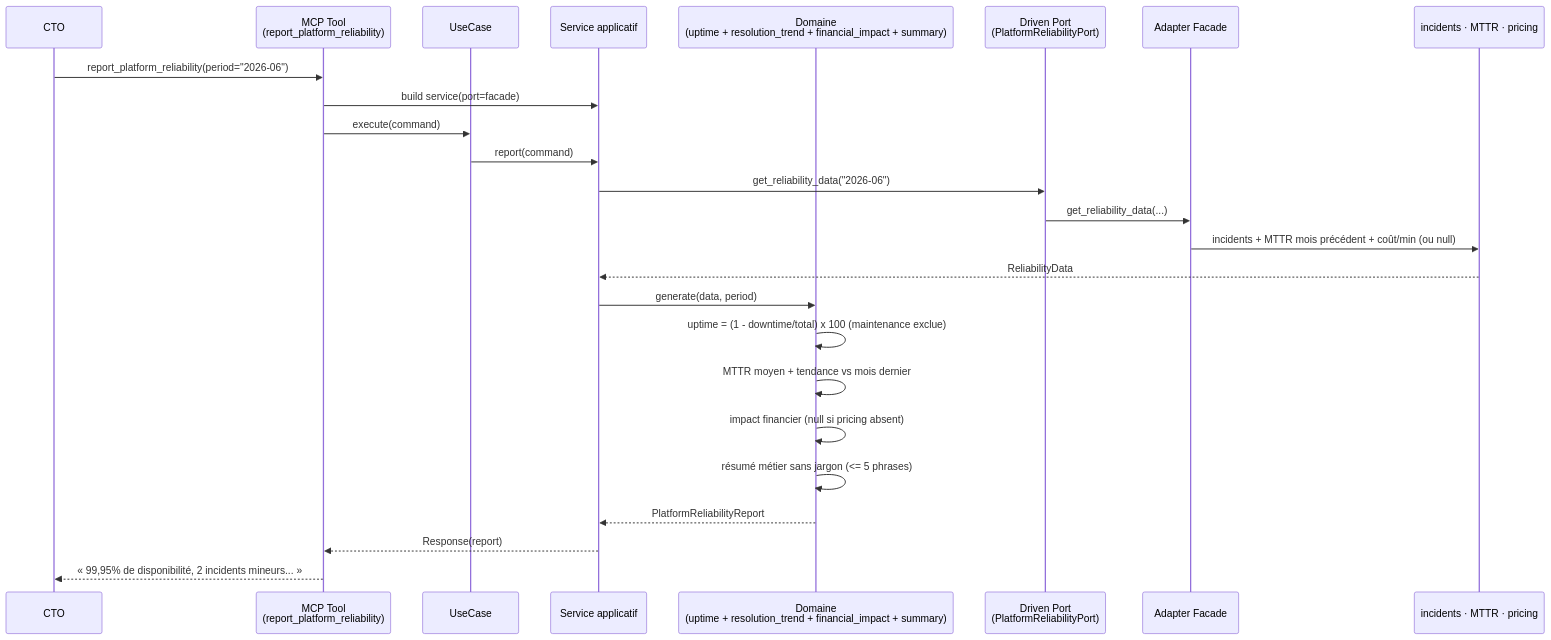
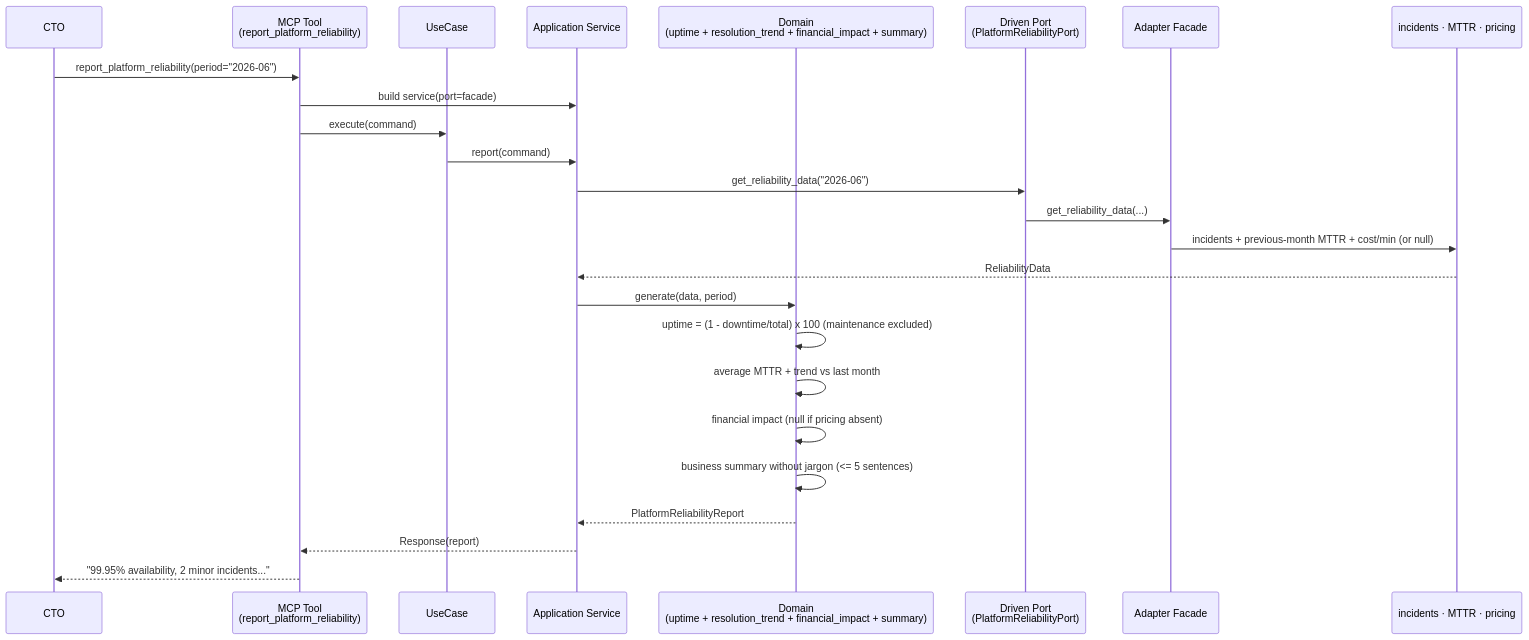
Before and after one commit to hexa-tools/hexawyn: the first of 3 diagrams in docs/use-cases/106-cto-reliability-report.md, drawn with Mermaid. The commit also changed other lines of this file and 53 other files, not shown here.

Commit message:
chore: refactor diagram

````diff
--- a/docs/use-cases/106-cto-reliability-report.md
+++ b/docs/use-cases/106-cto-reliability-report.md
@@ -23,28 +22,28 @@
 ```mermaid
 sequenceDiagram
     participant CTO
     participant MCP as MCP Tool<br/>(report_platform_reliability)
     participant UC as UseCase
-    participant Svc as Service applicatif
-    participant Domain as Domaine<br/>(uptime + resolution_trend + financial_impact + summary)
+    participant Svc as Application Service
+    participant Domain as Domain<br/>(uptime + resolution_trend + financial_impact + summary)
     participant Port as Driven Port<br/>(PlatformReliabilityPort)
     participant Facade as Adapter Facade
     participant Sources as incidents · MTTR · pricing
 
     CTO->>MCP: report_platform_reliability(period="2026-06")
     MCP->>Svc: build service(port=facade)
     MCP->>UC: execute(command)
     UC->>Svc: report(command)
     Svc->>Port: get_reliability_data("2026-06")
     Port->>Facade: get_reliability_data(...)
-    Facade->>Sources: incidents + MTTR mois précédent + coût/min (ou null)
+    Facade->>Sources: incidents + previous-month MTTR + cost/min (or null)
     Sources-->>Svc: ReliabilityData
     Svc->>Domain: generate(data, period)
-    Domain->>Domain: uptime = (1 - downtime/total) x 100 (maintenance exclue)
-    Domain->>Domain: MTTR moyen + tendance vs mois dernier
-    Domain->>Domain: impact financier (null si pricing absent)
-    Domain->>Domain: résumé métier sans jargon (<= 5 phrases)
+    Domain->>Domain: uptime = (1 - downtime/total) x 100 (maintenance excluded)
+    Domain->>Domain: average MTTR + trend vs last month
+    Domain->>Domain: financial impact (null if pricing absent)
+    Domain->>Domain: business summary without jargon (<= 5 sentences)
     Domain-->>Svc: PlatformReliabilityReport
     Svc-->>MCP: Response(report)
-    MCP-->>CTO: « 99,95% de disponibilité, 2 incidents mineurs... »
+    MCP-->>CTO: "99.95% availability, 2 minor incidents..."
 ```
````
